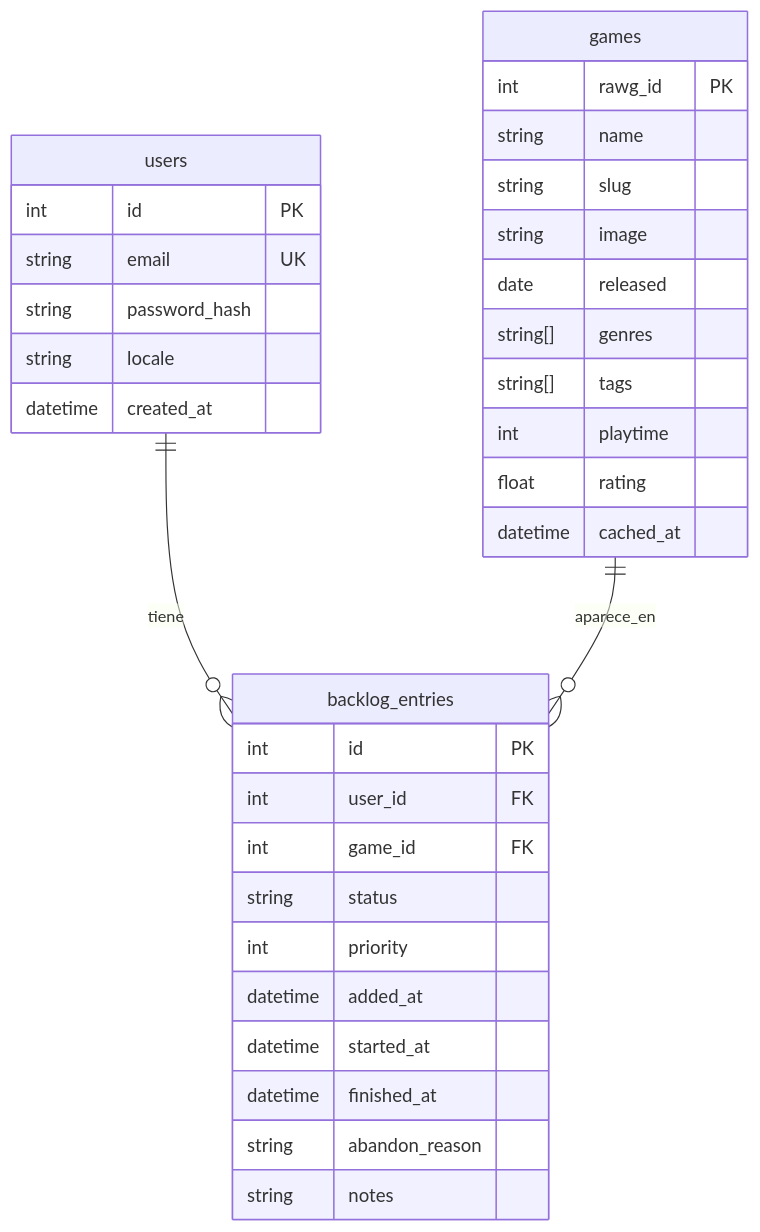
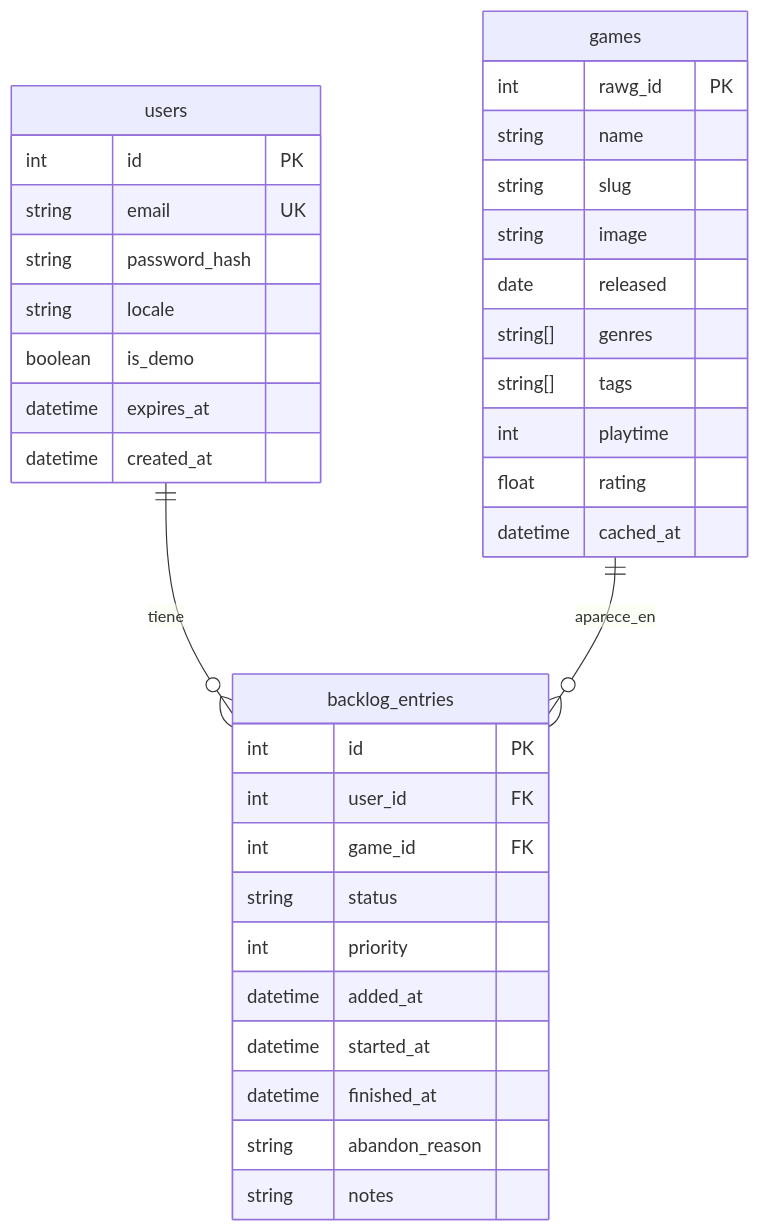
The third of 4 diagrams in docs/arquitectura.md (Javiermartinez-code/backlog-to-play), drawn with Mermaid before and after one commit. The commit also changed other lines of this file and 5 other files, not shown here.

````diff
--- a/docs/arquitectura.md
+++ b/docs/arquitectura.md
@@ -127,37 +127,39 @@
 ```mermaid
 erDiagram
     users ||--o{ backlog_entries : tiene
     games ||--o{ backlog_entries : aparece_en
 
     users {
         int id PK
         string email UK
         string password_hash
         string locale
+        boolean is_demo
+        datetime expires_at
         datetime created_at
     }
     games {
         int rawg_id PK
         string name
         string slug
         string image
         date released
         string[] genres
         string[] tags
         int playtime
         float rating
         datetime cached_at
     }
     backlog_entries {
         int id PK
         int user_id FK
         int game_id FK
         string status
         int priority
         datetime added_at
         datetime started_at
         datetime finished_at
         string abandon_reason
         string notes
     }
 ```
````
